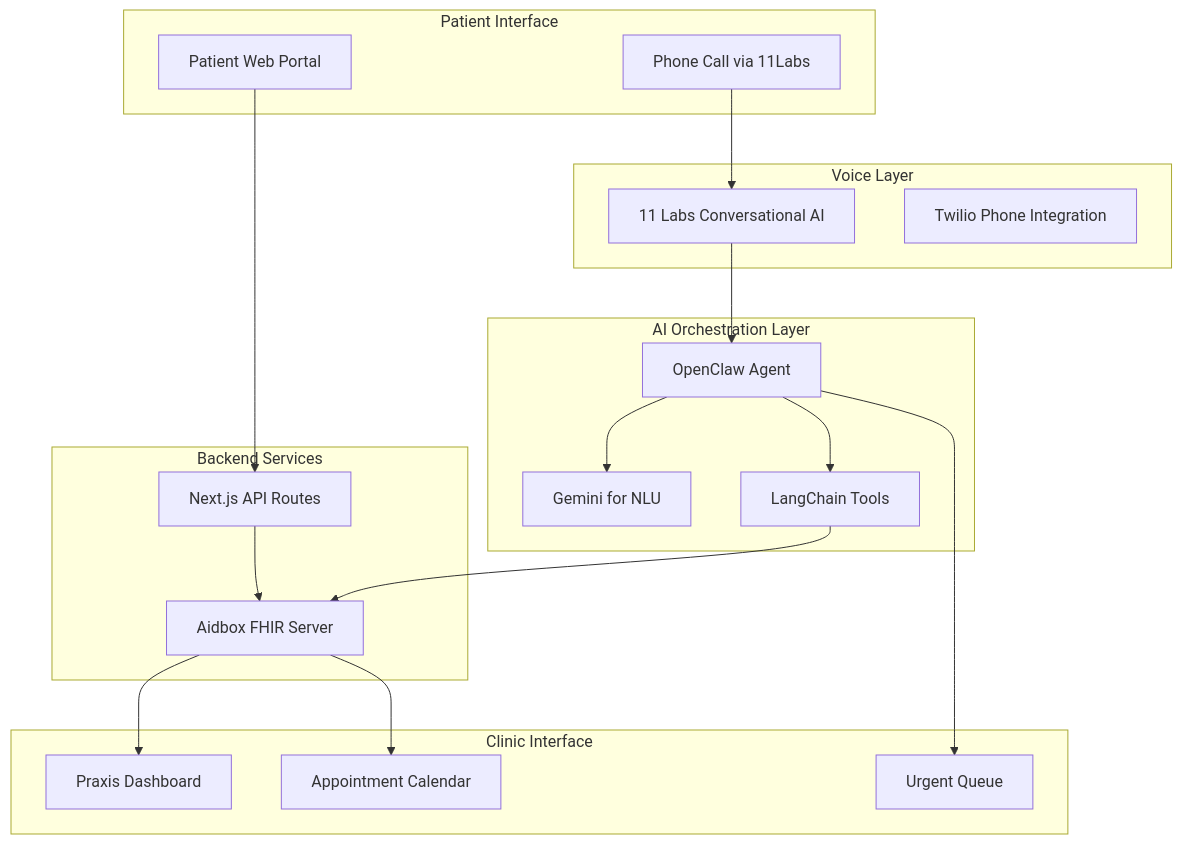
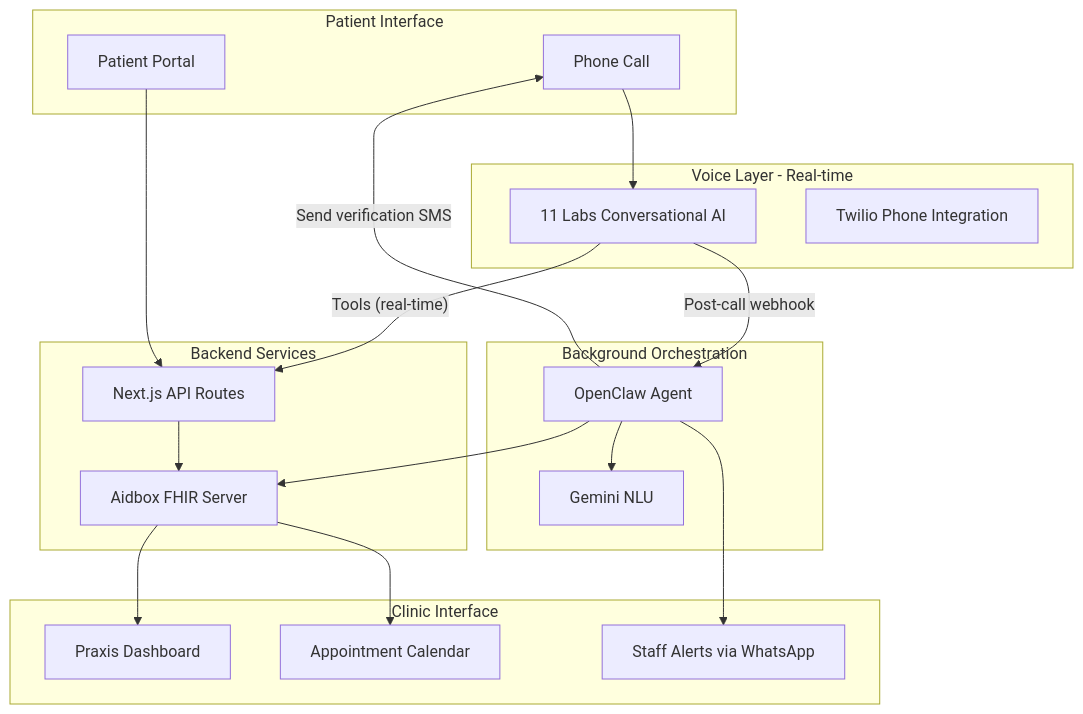
One commit to sussdorff/ignis changed the diagram in README.md. Above: the diagram before and after it, drawn with Mermaid. The commit also changed other lines of this file and 1 other file, not shown here.

First line of the commit message:
Update architecture to hybrid approach

````diff
--- a/README.md
+++ b/README.md
@@ -39,40 +41,40 @@
 ```mermaid
 flowchart TB
     subgraph PatientInterface [Patient Interface]
-        Phone[Phone Call via 11Labs]
-        WebPortal[Patient Web Portal]
+        Phone[Phone Call]
+        WebPortal[Patient Portal]
     end
     
-    subgraph AILayer [AI Orchestration Layer]
-        OpenClaw[OpenClaw Agent]
-        Gemini[Gemini for NLU]
-        LangChain[LangChain Tools]
-    end
-    
-    subgraph VoiceLayer [Voice Layer]
+    subgraph VoiceLayer [Voice Layer - Real-time]
         ElevenLabs[11 Labs Conversational AI]
         Twilio[Twilio Phone Integration]
     end
     
     subgraph Backend [Backend Services]
         NextAPI[Next.js API Routes]
         Aidbox[Aidbox FHIR Server]
     end
     
+    subgraph Background [Background Orchestration]
+        OpenClaw[OpenClaw Agent]
+        Gemini[Gemini NLU]
+    end
+    
     subgraph ClinicInterface [Clinic Interface]
         Dashboard[Praxis Dashboard]
         Calendar[Appointment Calendar]
-        UrgentQueue[Urgent Queue]
+        StaffAlerts[Staff Alerts via WhatsApp]
     end
     
     Phone --> ElevenLabs
-    ElevenLabs --> OpenClaw
+    ElevenLabs -->|"Tools (real-time)"| NextAPI
+    ElevenLabs -->|"Post-call webhook"| OpenClaw
     WebPortal --> NextAPI
-    OpenClaw --> LangChain
+    NextAPI --> Aidbox
     OpenClaw --> Gemini
-    LangChain --> Aidbox
-    NextAPI --> Aidbox
+    OpenClaw --> Aidbox
+    OpenClaw -->|"Send verification SMS"| Phone
+    OpenClaw --> StaffAlerts
     Aidbox --> Dashboard
     Aidbox --> Calendar
-    OpenClaw --> UrgentQueue
 ```
````
